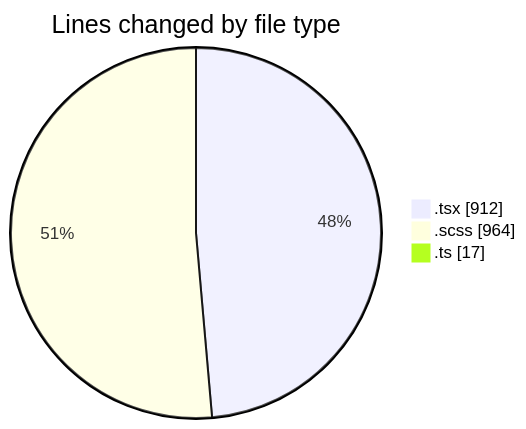
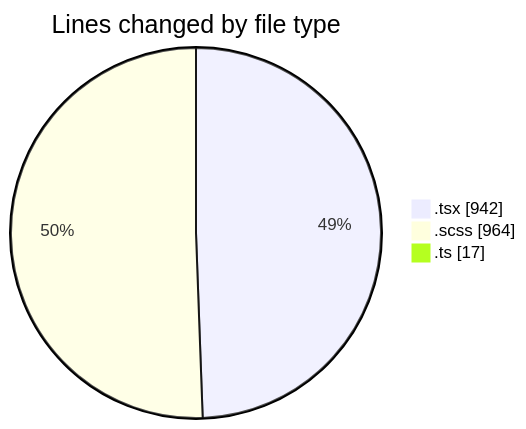
Before and after one commit to momahboobian/code-tracking: the first of 2 diagrams in 2025-09-19/cda/README.md, drawn with Mermaid. The commit also changed other lines of this file and 1 other file, not shown here.

````diff
--- a/2025-09-19/cda/README.md
+++ b/2025-09-19/cda/README.md
@@ -25,7 +25,7 @@
 ```mermaid
 pie showData
 title Lines changed by file type
-".tsx" : 912
+".tsx" : 942
 ".scss" : 964
 ".ts" : 17
 ```
````
